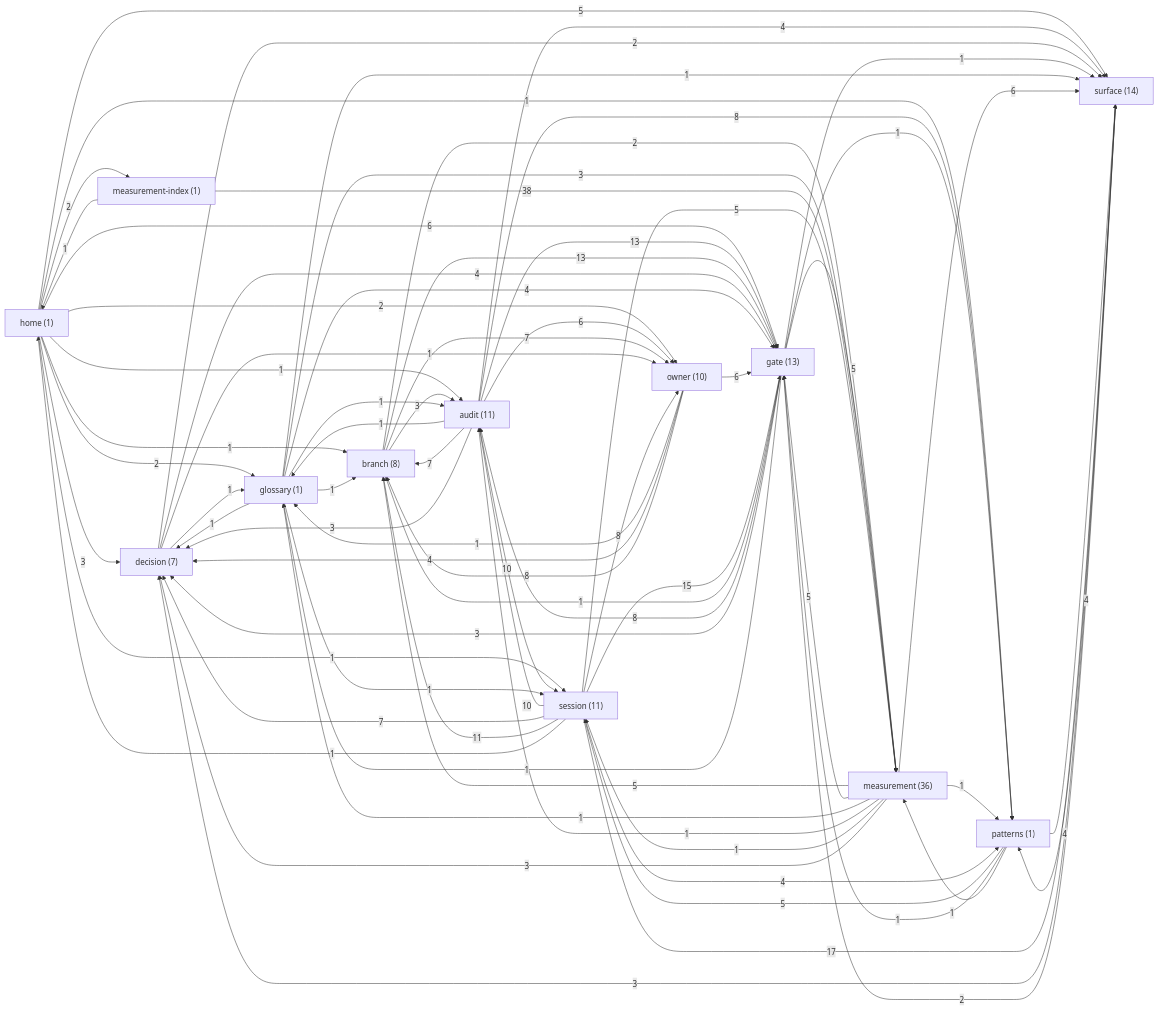
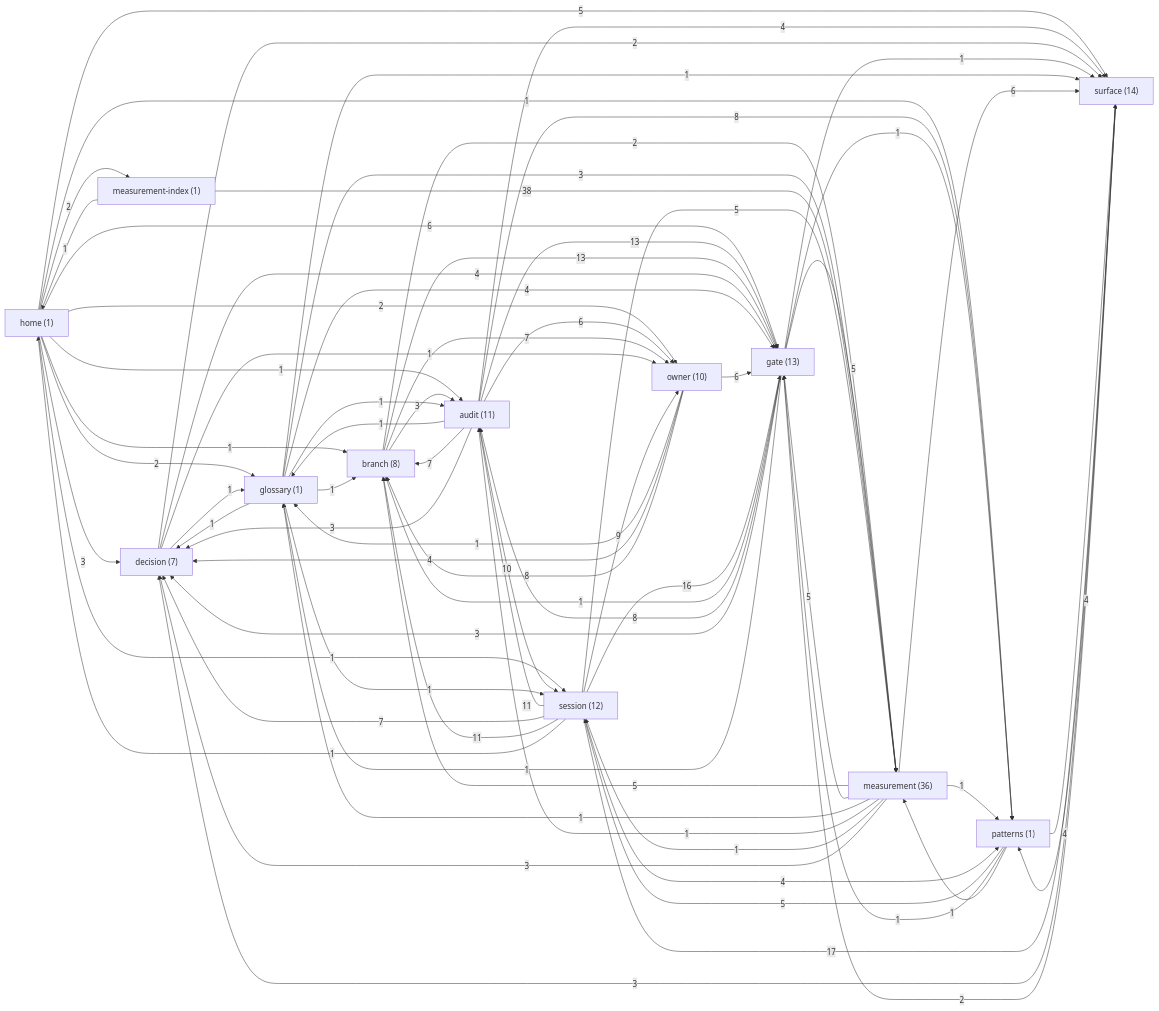
One commit to sergey9519546/STORYMACHINE changed the diagram in docs/brain/GRAPH.md. Above: the diagram before and after it, drawn with Mermaid. The commit also changed other lines of this file and 4 other files, not shown here.

```diff
--- a/docs/brain/GRAPH.md
+++ b/docs/brain/GRAPH.md
@@ -18,7 +18,7 @@
   measurement_index["measurement-index (1)"]
   owner["owner (10)"]
   patterns["patterns (1)"]
-  session["session (11)"]
+  session["session (12)"]
   surface["surface (14)"]
   home -->|3| decision
   home -->|2| glossary
@@ -78,15 +78,15 @@
   patterns -->|4| surface
   patterns -->|1| gate
   patterns -->|1| measurement
-  session -->|15| gate
-  session -->|10| audit
+  session -->|16| gate
+  session -->|11| audit
   session -->|5| measurement
   session -->|7| decision
   session -->|17| surface
   session -->|11| branch
   session -->|1| home
   session -->|4| patterns
-  session -->|8| owner
+  session -->|9| owner
   surface -->|4| patterns
   surface -->|3| decision
   surface -->|2| gate
```
